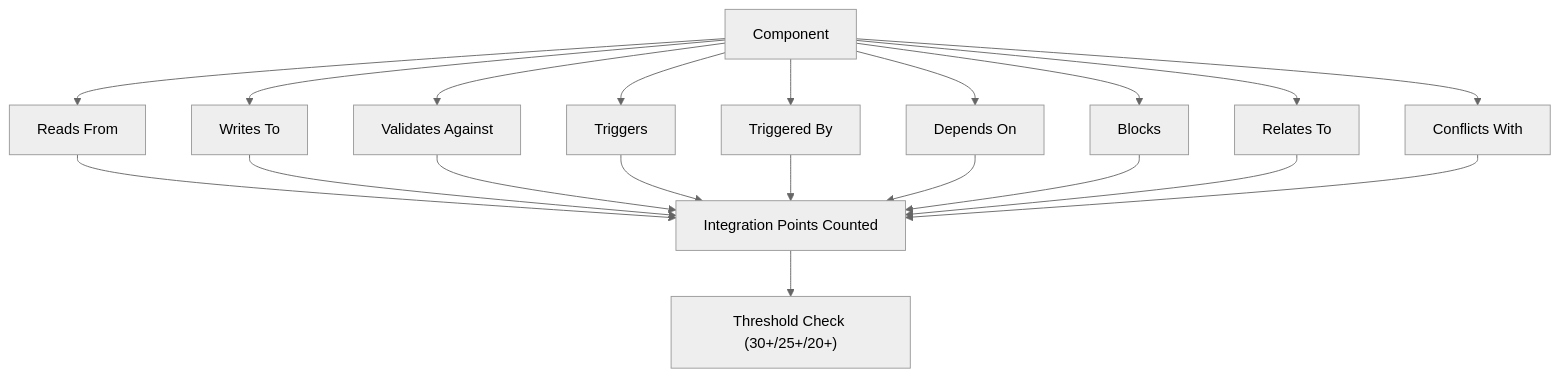
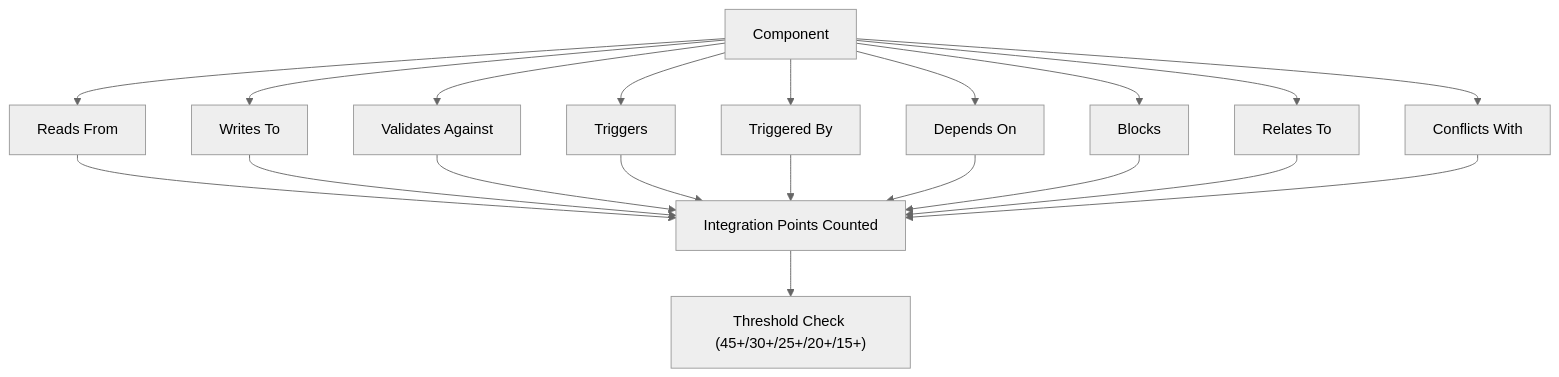
One commit to shynlee04/idumb-plugin changed the eighth of 12 diagrams in .qoder/repowiki/en/content/Skill System/Skill Architecture Overview.md. Above: the diagram before and after it, drawn with Mermaid (neutral theme). The commit also changed other lines of this file and 19 other files, not shown here.

````diff
--- a/.qoder/repowiki/en/content/Skill System/Skill Architecture Overview.md
+++ b/.qoder/repowiki/en/content/Skill System/Skill Architecture Overview.md
@@ -236,22 +363,22 @@
 ```mermaid
 flowchart TD
 A["Component"] --> B["Reads From"]
 A --> C["Writes To"]
 A --> D["Validates Against"]
 A --> E["Triggers"]
 A --> F["Triggered By"]
 A --> G["Depends On"]
 A --> H["Blocks"]
 A --> I["Relates To"]
 A --> J["Conflicts With"]
 B --> K["Integration Points Counted"]
 C --> K
 D --> K
 E --> K
 F --> K
 G --> K
 H --> K
 I --> K
 J --> K
-K --> L["Threshold Check (30+/25+/20+)"]
+K --> L["Threshold Check (45+/30+/25+/20+/15+)"]
 ```
````
